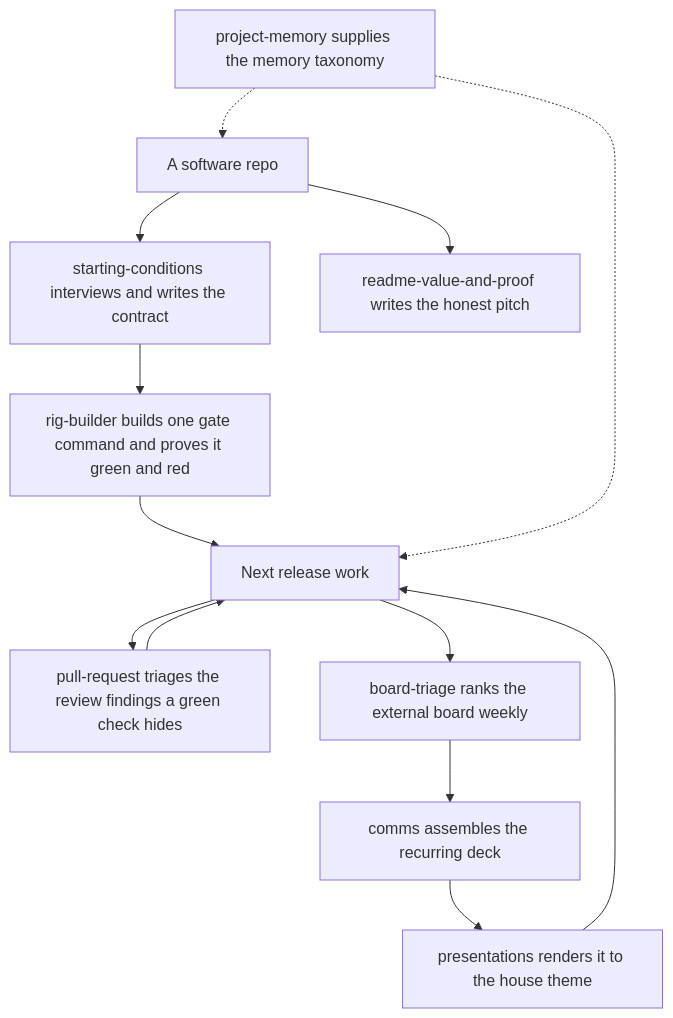
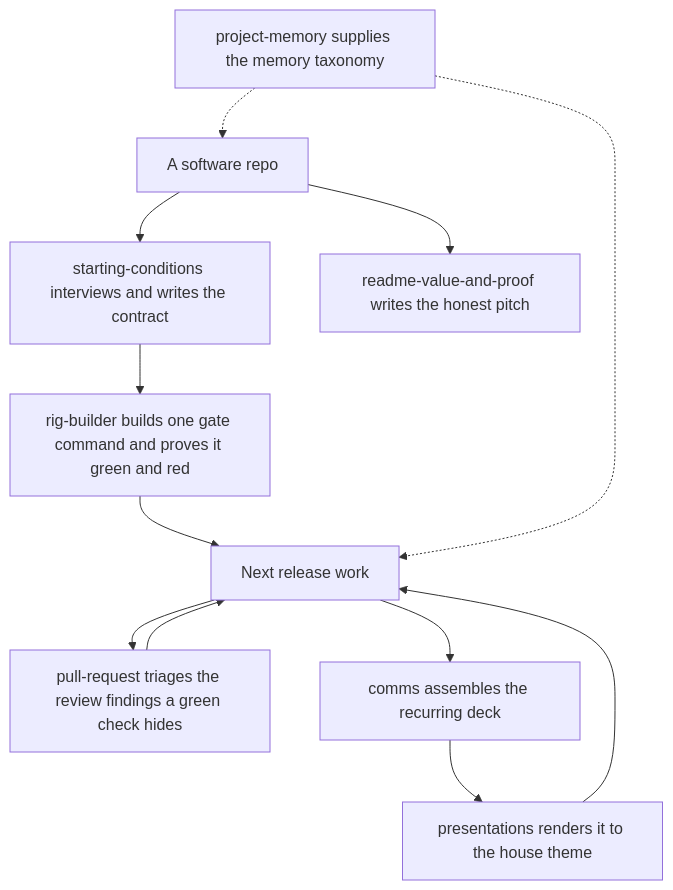
One commit to hsb3/dotfiles-agents changed the diagram in plugins/code-desk/README.md. Above: the diagram before and after it, drawn with Mermaid. The commit also changed other lines of this file and 23 other files, not shown here.

````diff
--- a/plugins/code-desk/README.md
+++ b/plugins/code-desk/README.md
@@ -24,16 +24,15 @@
 ```mermaid
 flowchart TD
     Repo[A software repo] --> Start[starting-conditions interviews and writes the contract]
     Start --> Rig[rig-builder builds one gate command and proves it green and red]
     Rig --> Build[Next release work]
     Build --> PR[pull-request triages the review findings a green check hides]
     PR --> Build
-    Build --> Board[board-triage ranks the external board weekly]
-    Board --> Comms[comms assembles the recurring deck]
+    Build --> Comms[comms assembles the recurring deck]
     Comms --> PPT[presentations renders it to the house theme]
     PPT --> Build
     Repo --> RM[readme-value-and-proof writes the honest pitch]
 
     Mem[project-memory supplies the memory taxonomy] -.-> Repo
     Mem -.-> Build
 ```
````
